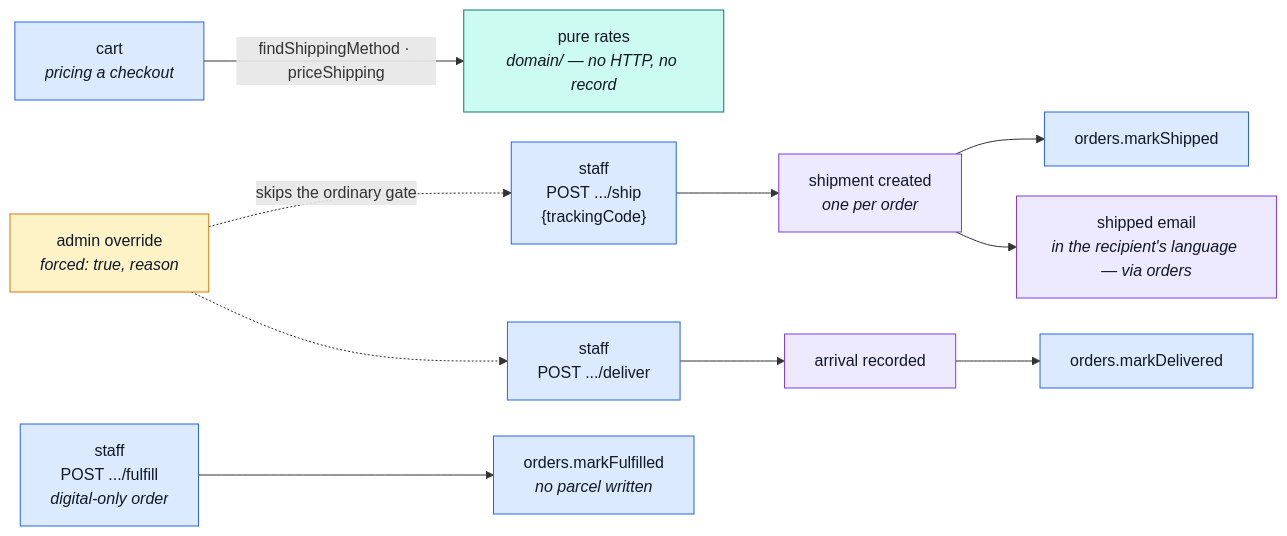
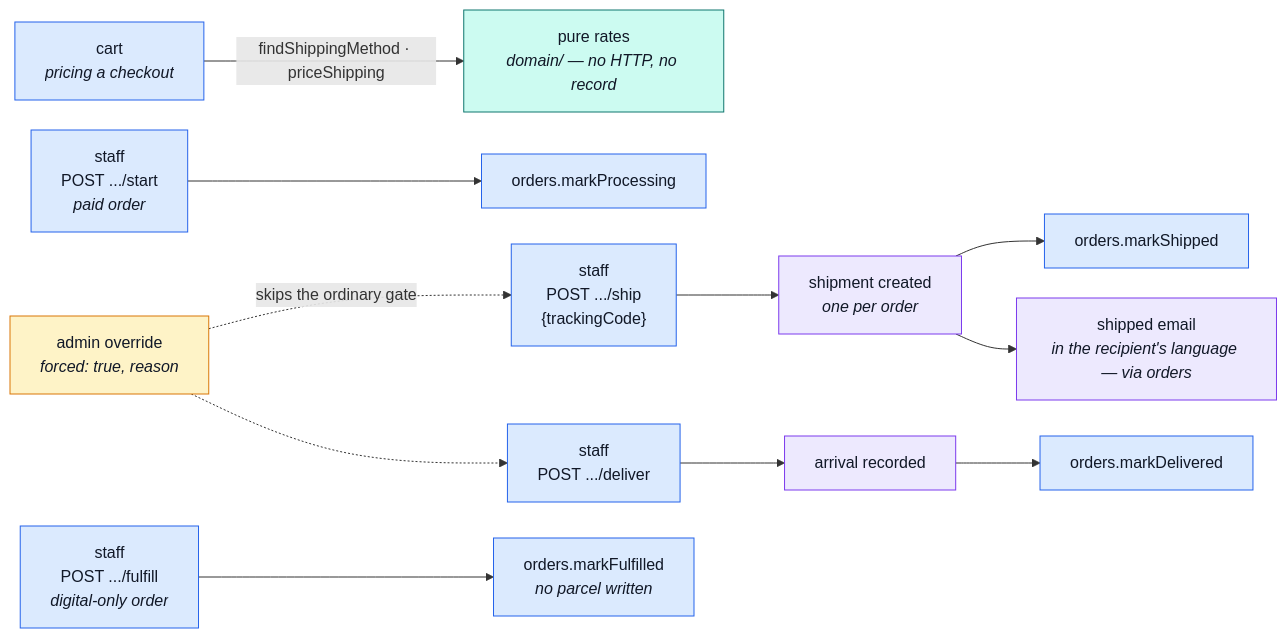
One commit to Guebbit/boilerplate-node-backend changed the second of 2 diagrams in docs/modules/delivery.md. Above: the diagram before and after it, drawn with Mermaid. The commit also changed other lines of this file and 130 other files, not shown here.

````diff
--- a/docs/modules/delivery.md
+++ b/docs/modules/delivery.md
@@ -80,22 +79,23 @@
 ```mermaid
 %%{init: {'flowchart': {'nodeSpacing': 30, 'rankSpacing': 55}}}%%
 flowchart LR
     CA["cart<br/><i>pricing a checkout</i>"] -->|"findShippingMethod · priceShipping"| RA["pure rates<br/><i>domain/ — no HTTP, no record</i>"]
+    S0["staff<br/>POST .../start<br/><i>paid order</i>"] --> MP["orders.markProcessing"]
     S1["staff<br/>POST .../ship<br/>{trackingCode}"] --> SH["shipment created<br/><i>one per order</i>"]
     SH --> MS["orders.markShipped"]
     SH --> EM["shipped email<br/><i>in the recipient's language — via orders</i>"]
     S2["staff<br/>POST .../deliver"] --> DV["arrival recorded"]
     DV --> MD["orders.markDelivered"]
     S3["staff<br/>POST .../fulfill<br/><i>digital-only order</i>"] --> MF["orders.markFulfilled<br/><i>no parcel written</i>"]
     OV["admin override<br/><i>forced: true, reason</i>"] -.->|"skips the ordinary gate"| S1
     OV -.-> S2
 
     classDef pure fill:#ccfbf1,stroke:#0f766e,color:#111827;
     classDef own fill:#ede9fe,stroke:#7c3aed,color:#111827;
     classDef peer fill:#dbeafe,stroke:#2563eb,color:#111827;
     classDef override fill:#fef3c7,stroke:#d97706,color:#111827;
     class RA pure;
     class SH,EM,DV own;
-    class CA,S1,S2,S3,MS,MD,MF peer;
+    class CA,S0,S1,S2,S3,MP,MS,MD,MF peer;
     class OV override;
 ```
````
